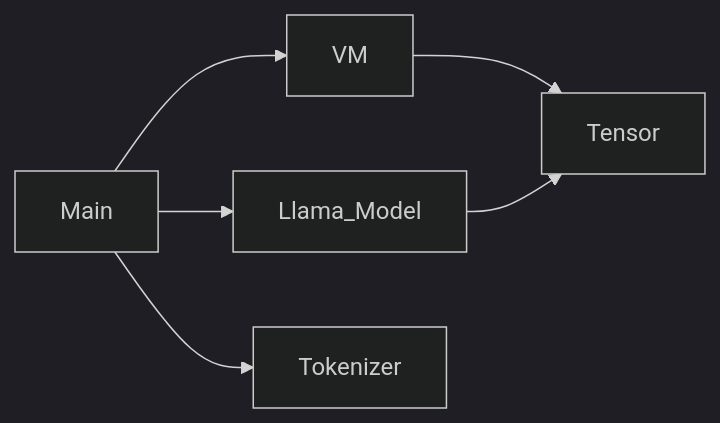
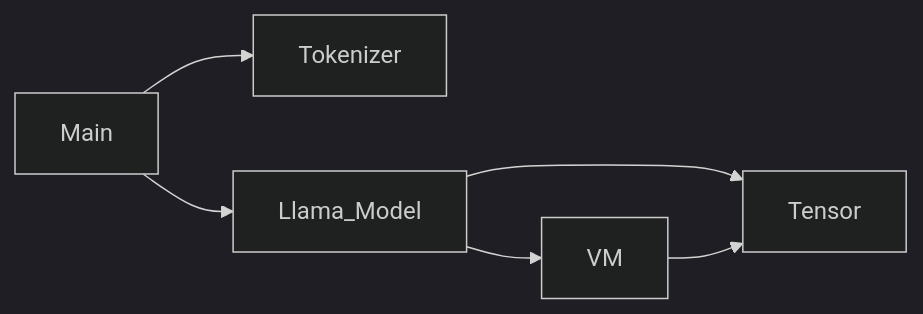
One commit to xiejw/z changed the diagram in incub/aic/README.md. Above: the diagram before and after it, drawn with Mermaid (dark theme). The commit also changed 5 other files, not shown here.

````diff
--- a/incub/aic/README.md
+++ b/incub/aic/README.md
@@ -13,8 +13,8 @@
 ```mermaid
 flowchart LR
-    VM --> Tensor;
-    Llama_Model --> Tensor;
     Main --> Tokenizer;
     Main --> Llama_Model;
-    Main --> VM;
+    Llama_Model --> VM;
+    Llama_Model --> Tensor;
+    VM --> Tensor;
 ```
````
